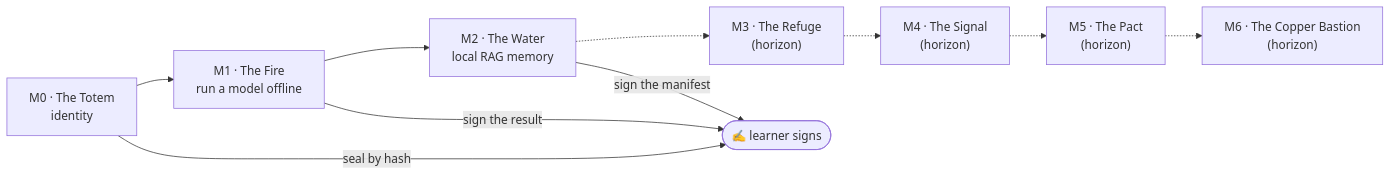
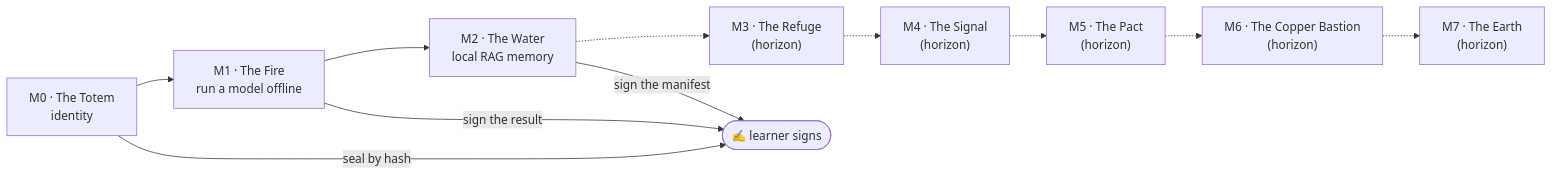
Before and after one commit to piskyRpapalo/aurelius: the diagram in README.md, drawn with Mermaid. The commit also changed other lines of this file and 5 other files, not shown here.

````diff
--- a/README.md
+++ b/README.md
@@ -122,12 +122,13 @@
 ```mermaid
 flowchart LR
   M0["M0 · The Totem<br/>identity"] --> M1["M1 · The Fire<br/>run a model offline"]
   M1 --> M2["M2 · The Water<br/>local RAG memory"]
   M2 -.-> M3["M3 · The Refuge<br/>(horizon)"]
   M3 -.-> M4["M4 · The Signal<br/>(horizon)"]
   M4 -.-> M5["M5 · The Pact<br/>(horizon)"]
   M5 -.-> M6["M6 · The Copper Bastion<br/>(horizon)"]
+  M6 -.-> M7["M7 · The Earth<br/>(horizon)"]
   M0 -->|seal by hash| SIG(["✍ learner signs"])
   M1 -->|sign the result| SIG
   M2 -->|sign the manifest| SIG
 ```
````
